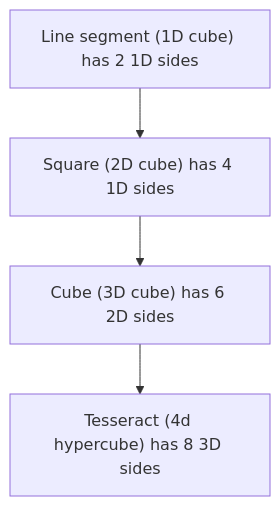
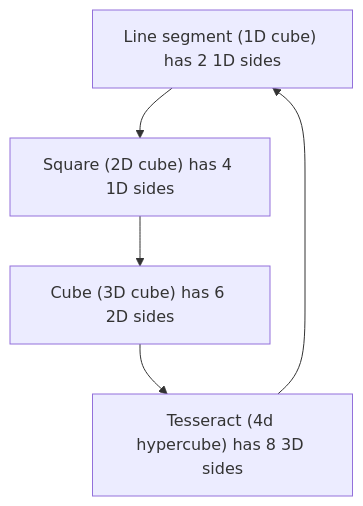
Before and after one commit to CopperStairs/4D_Render: the diagram in README.md, drawn with Mermaid.

````diff
--- a/README.md
+++ b/README.md
@@ -23,8 +23,8 @@
 ```mermaid
 flowchart TD
     line_segment["Line segment (1D cube) has 2 1D sides"]
     square["Square (2D cube) has 4 1D sides"]
     cube["Cube (3D cube) has 6 2D sides"]
     tesseract["Tesseract (4d hypercube) has 8 3D sides"]
-    line_segment --> square --> cube --> tesseract
+    line_segment --> square --> cube --> tesseract --> line_segment
 ```
````
